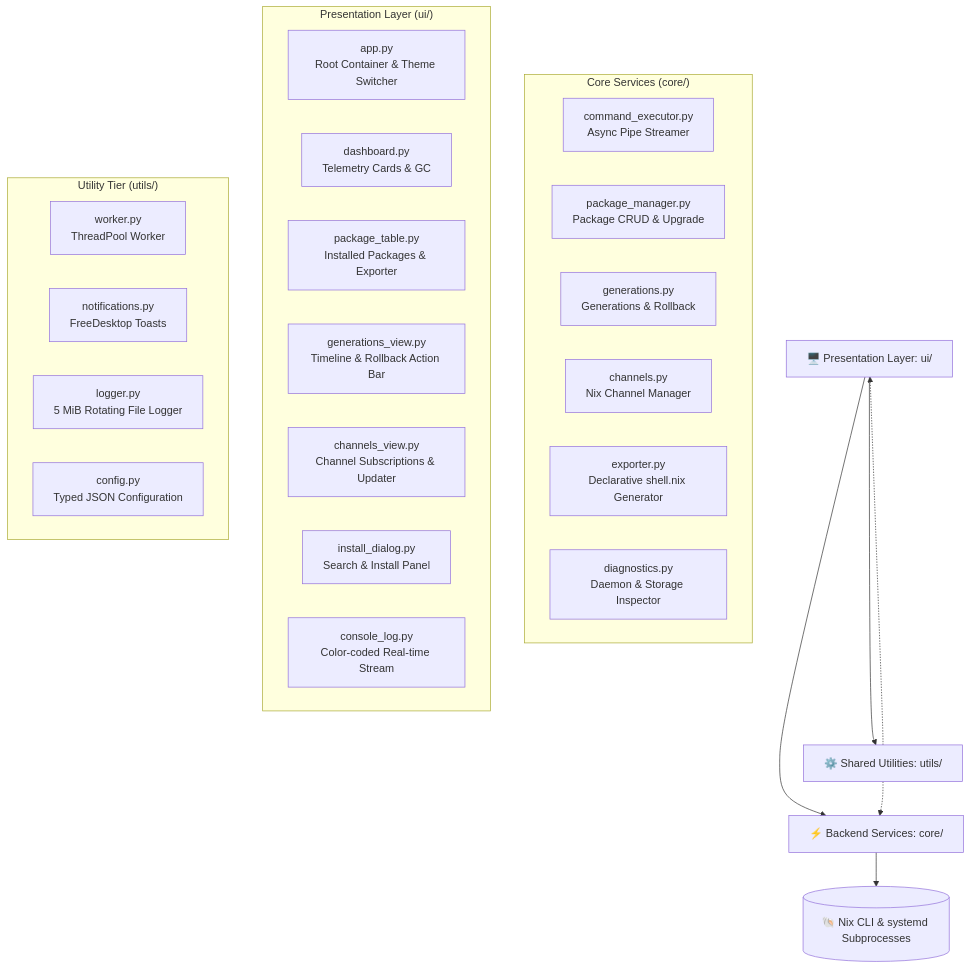
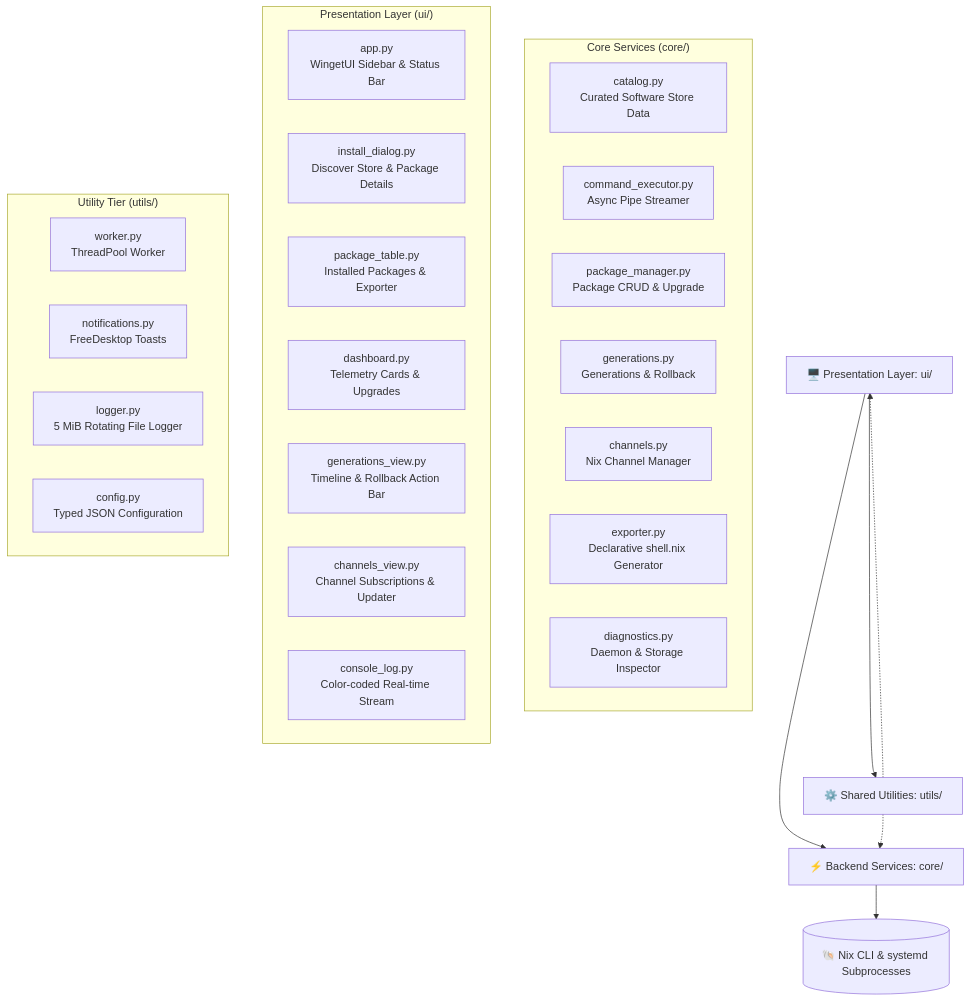
Before and after one commit to MikeeeDeV/NixManagerPro: the diagram in README.md, drawn with Mermaid. The commit also changed other lines of this file, not shown here.

Commit message:
docs: update comprehensive guide and mermaid architecture for WingetUI design

````diff
--- a/README.md
+++ b/README.md
@@ -57,34 +62,35 @@
 ```mermaid
 graph TD
     UI[🖥️ Presentation Layer: ui/] --> Utils[⚙️ Shared Utilities: utils/]
     UI --> Core[⚡ Backend Services: core/]
     Core --> Subproc[(🐚 Nix CLI & systemd Subprocesses)]
     Utils -.-> UI
     Utils -.-> Core
 
     subgraph "Core Services (core/)"
+        CAT[catalog.py<br/>Curated Software Store Data]
         CE[command_executor.py<br/>Async Pipe Streamer]
         PM[package_manager.py<br/>Package CRUD & Upgrade]
         GEN[generations.py<br/>Generations & Rollback]
         CHAN[channels.py<br/>Nix Channel Manager]
         EXP[exporter.py<br/>Declarative shell.nix Generator]
         DG[diagnostics.py<br/>Daemon & Storage Inspector]
     end
 
     subgraph "Presentation Layer (ui/)"
-        APP[app.py<br/>Root Container & Theme Switcher]
-        DASH[dashboard.py<br/>Telemetry Cards & GC]
+        APP[app.py<br/>WingetUI Sidebar & Status Bar]
+        INST[install_dialog.py<br/>Discover Store & Package Details]
         PKGT[package_table.py<br/>Installed Packages & Exporter]
+        DASH[dashboard.py<br/>Telemetry Cards & Upgrades]
         GENV[generations_view.py<br/>Timeline & Rollback Action Bar]
         CHANV[channels_view.py<br/>Channel Subscriptions & Updater]
-        INST[install_dialog.py<br/>Search & Install Panel]
         CONS[console_log.py<br/>Color-coded Real-time Stream]
     end
 
     subgraph "Utility Tier (utils/)"
         WORK[worker.py<br/>ThreadPool Worker]
         NOTIF[notifications.py<br/>FreeDesktop Toasts]
         LOGG[logger.py<br/>5 MiB Rotating File Logger]
         CONF[config.py<br/>Typed JSON Configuration]
     end
 ```
````
